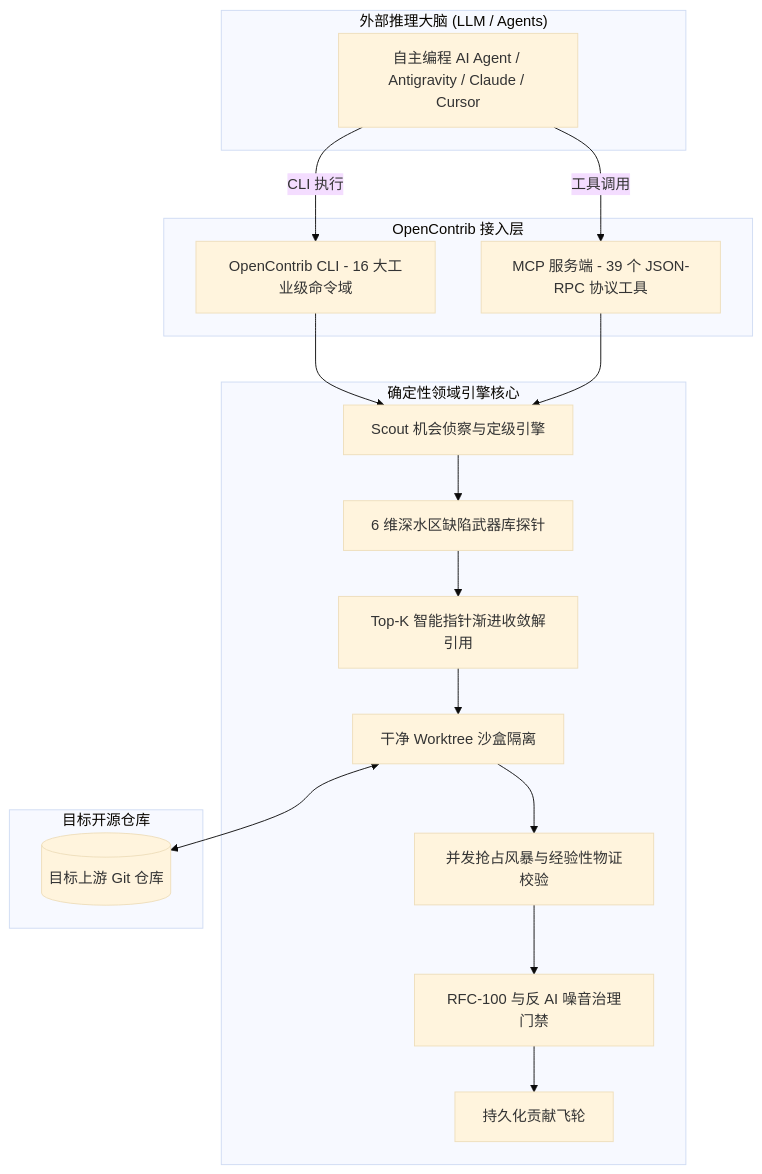
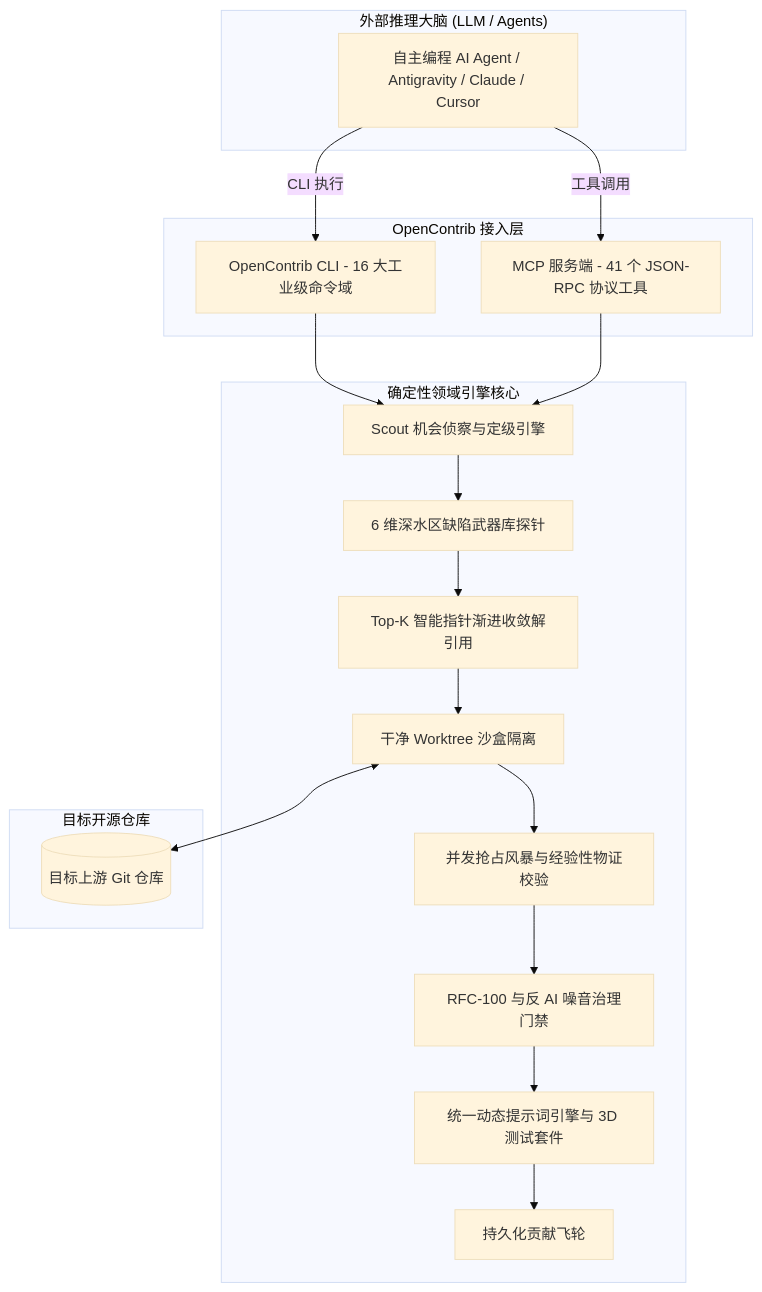
Before and after one commit to MeiSiristhebest/opencontrib: the diagram in ARCHITECTURE_zh.md, drawn with Mermaid (base theme). The commit also changed other lines of this file and 73 other files, not shown here.

````diff
--- a/ARCHITECTURE_zh.md
+++ b/ARCHITECTURE_zh.md
@@ -9,37 +9,39 @@
 ```mermaid
 graph TD
     subgraph "外部推理大脑 (LLM / Agents)"
         Agent[自主编程 AI Agent / Antigravity / Claude / Cursor]
     end
 
     subgraph "OpenContrib 接入层"
         CLI[OpenContrib CLI - 16 大工业级命令域]
-        MCP[MCP 服务端 - 39 个 JSON-RPC 协议工具]
+        MCP[MCP 服务端 - 41 个 JSON-RPC 协议工具]
     end
 
     subgraph "确定性领域引擎核心"
         Discovery[Scout 机会侦察与定级引擎]
         Probe[6 维深水区缺陷武器库探针]
         Pointer[Top-K 智能指针渐进收敛解引用]
         Sandbox[干净 Worktree 沙盒隔离]
         Evidence[并发抢占风暴与经验性物证校验]
         Gov[RFC-100 与反 AI 噪音治理门禁]
+        PromptEng[统一动态提示词引擎与 3D 测试套件]
         Flywheel[持久化贡献飞轮]
     end
 
     subgraph "目标开源仓库"
         Repo[(目标上游 Git 仓库)]
     end
 
     Agent -->|CLI 执行| CLI
     Agent -->|工具调用| MCP
     CLI --> Discovery
     MCP --> Discovery
     Discovery --> Probe
     Probe --> Pointer
     Pointer --> Sandbox
     Sandbox --> Evidence
     Evidence --> Gov
-    Gov --> Flywheel
+    Gov --> PromptEng
+    PromptEng --> Flywheel
     Sandbox <--> Repo
 ```
````
